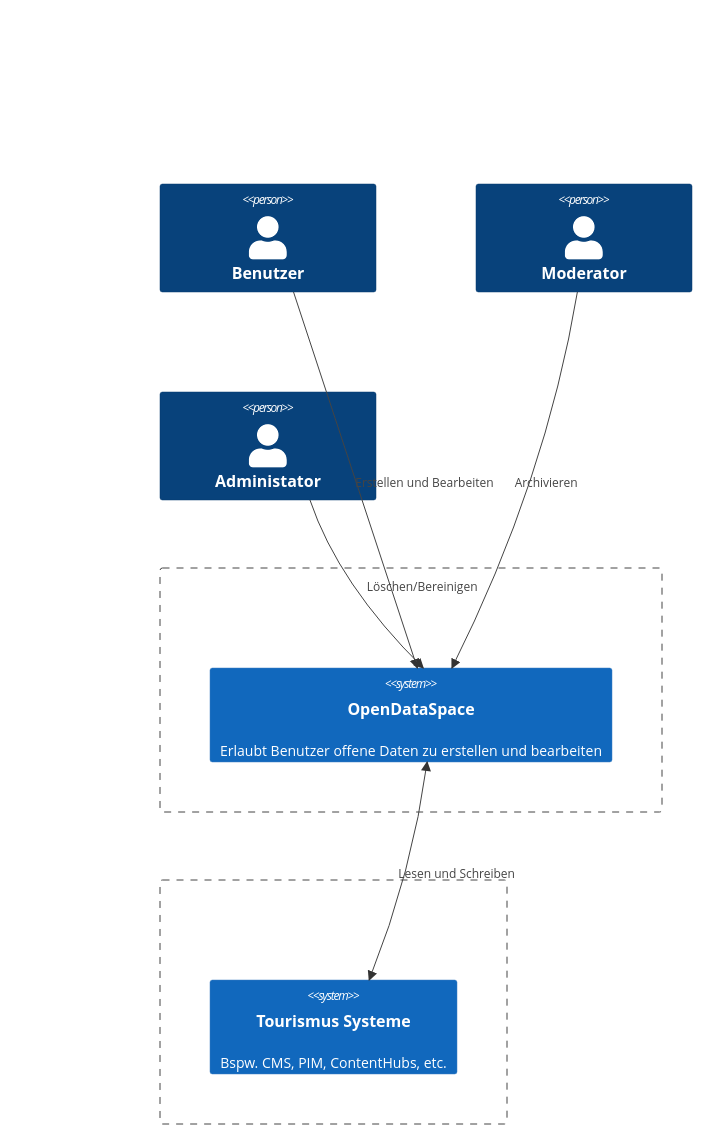
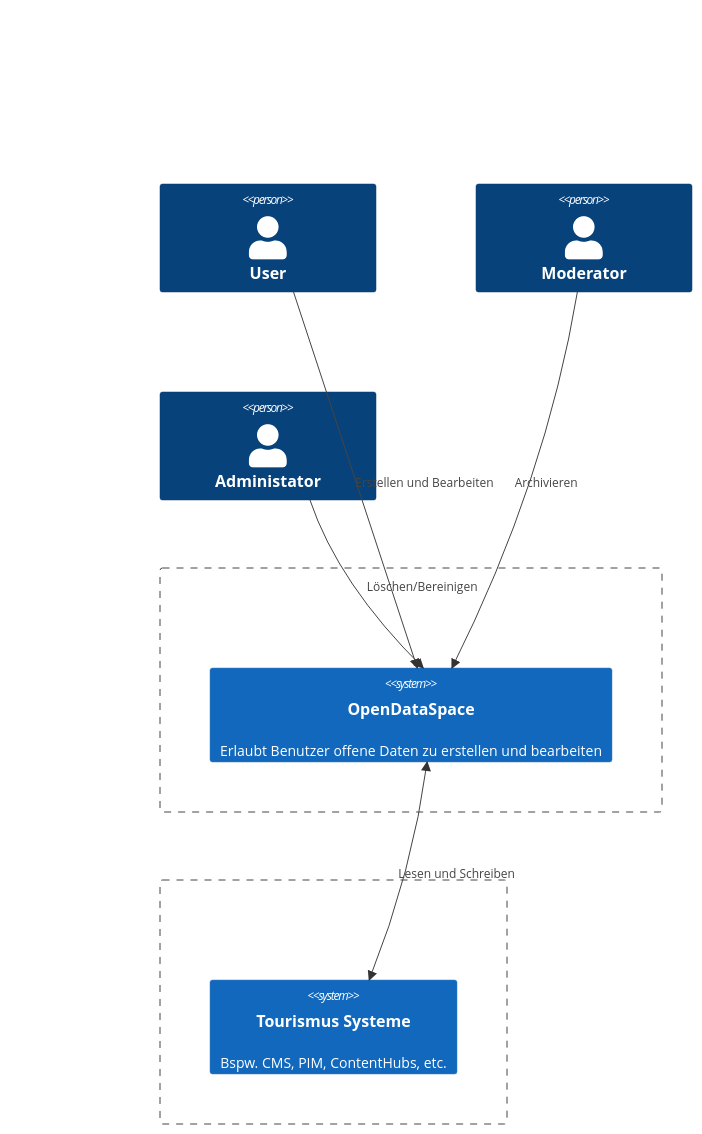
The diagram in docs/de/03_system_scope_and_context.md (OpenDataSpace-io/docs), drawn with Mermaid before and after one commit. The commit also changed 1 other file, not shown here.

Commit message:
add c4container

````diff
--- a/docs/de/03_system_scope_and_context.md
+++ b/docs/de/03_system_scope_and_context.md
@@ -8,20 +8,20 @@
 ```mermaid
 C4Context
-    Person(Benutzer, "Benutzer")
+    Person(User, "User")
     Person(Moderator, "Moderator")
     Person(Admin, "Administator")
     
     Boundary(b1, "", "") {
         System(OpenDataSpace, "OpenDataSpace", "Erlaubt Benutzer offene Daten zu erstellen und bearbeiten")
     }
     Boundary(b2, "", "") {
         System(TourismusSysteme, "Tourismus Systeme", "Bspw. CMS, PIM, ContentHubs, etc.")
     }
 
-    Rel(Benutzer, OpenDataSpace, "Erstellen und Bearbeiten")
+    Rel(User, OpenDataSpace, "Erstellen und Bearbeiten")
     Rel(Moderator, OpenDataSpace, "Archivieren")
     Rel(Admin, OpenDataSpace, "Löschen/Bereinigen")
     BiRel(OpenDataSpace, TourismusSysteme, "Lesen und Schreiben")
 
     UpdateLayoutConfig($c4ShapeInRow="3", $c4BoundaryInRow="1")
 ```
````
